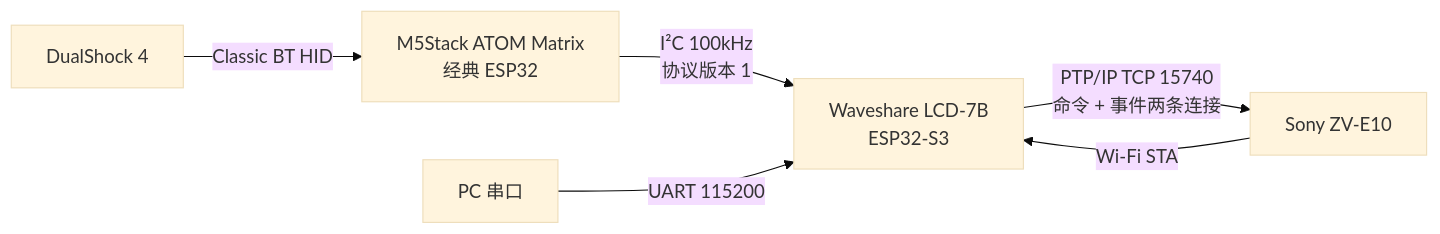
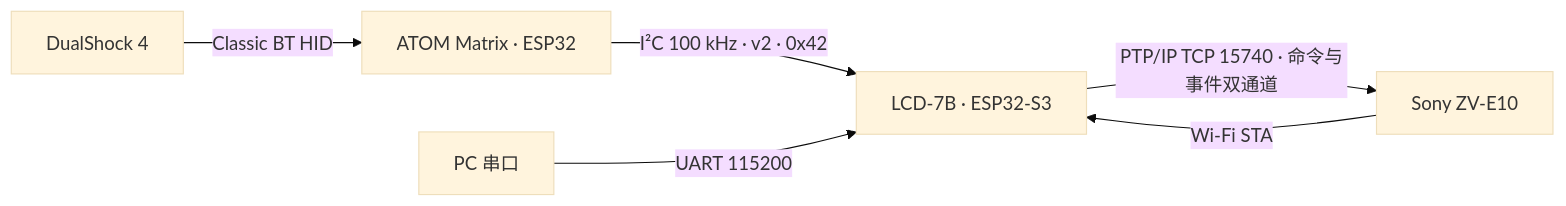
The first of 2 diagrams in docs/design/architecture-design.md (easymcucourse/esp32_camera_remote), drawn with Mermaid (base theme) before and after one commit. The commit also changed other lines of this file and 36 other files, not shown here.

````diff
--- a/docs/design/architecture-design.md
+++ b/docs/design/architecture-design.md
@@ -9,8 +7,8 @@
 ```mermaid
 flowchart LR
-    DS4["DualShock 4"] -- "Classic BT HID" --> ATOM["M5Stack ATOM Matrix<br/>经典 ESP32"]
-    ATOM -- "I²C 100kHz<br/>协议版本 1" --> LCD["Waveshare LCD-7B<br/>ESP32-S3"]
+    DS4["DualShock 4"] -- "Classic BT HID" --> ATOM["ATOM Matrix · ESP32"]
+    ATOM -- "I²C 100 kHz · v2 · 0x42" --> LCD["LCD-7B · ESP32-S3"]
     CAM["Sony ZV-E10"] -- "Wi-Fi STA" --> LCD
-    LCD -- "PTP/IP TCP 15740<br/>命令 + 事件两条连接" --> CAM
+    LCD -- "PTP/IP TCP 15740 · 命令与事件双通道" --> CAM
     PC["PC 串口"] -- "UART 115200" --> LCD
 ```
````
